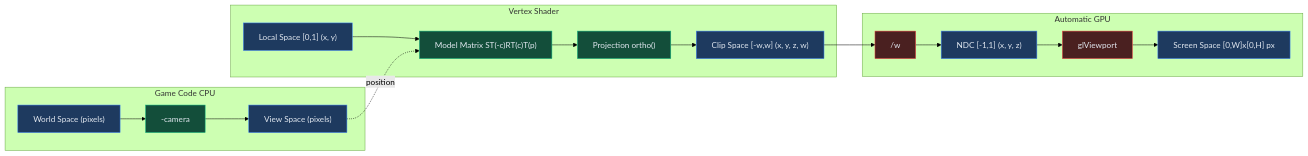
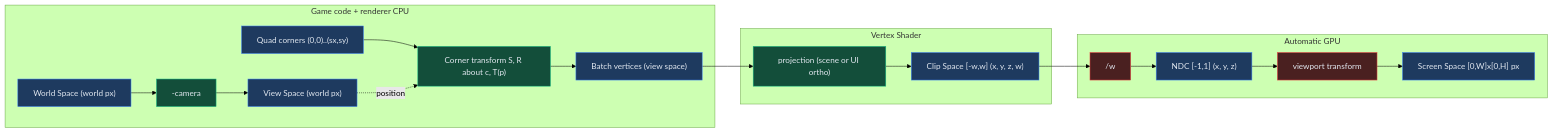
Before and after one commit to baaz777/rift: the first of 5 diagrams in docs/RENDERING.md, drawn with Mermaid (forest theme). The commit also changed other lines of this file, not shown here.

Commit message:
📝 Document the world depth pass and the world3d path

```diff
--- a/docs/RENDERING.md
+++ b/docs/RENDERING.md
@@ -19,32 +22,33 @@
 <pre class="mermaid">
 flowchart LR
   classDef space fill:#1e3a5f,stroke:#3b82f6,color:#e2e8f0
   classDef transform fill:#134e3a,stroke:#10b981,color:#e2e8f0
   classDef auto fill:#4a2020,stroke:#ef4444,color:#e2e8f0
 
-  subgraph CPU ["Game Code CPU"]
-    World["World Space (pixels)"]:::space
+  subgraph CPU ["Game code + renderer CPU"]
+    World["World Space (world px)"]:::space
     Camera["-camera"]:::transform
-    View["View Space (pixels)"]:::space
+    View["View Space (world px)"]:::space
+    Local["Quad corners (0,0)..(sx,sy)"]:::space
+    Model["Corner transform S, R about c, T(p)"]:::transform
+    Batch["Batch vertices (view space)"]:::space
   end
 
   subgraph Shader ["Vertex Shader"]
-    Local["Local Space [0,1] (x, y)"]:::space
-    Model["Model Matrix ST(-c)RT(c)T(p)"]:::transform
-    Proj["Projection ortho()"]:::transform
+    Proj["projection (scene or UI ortho)"]:::transform
     Clip["Clip Space [-w,w] (x, y, z, w)"]:::space
   end
 
   subgraph GPU ["Automatic GPU"]
     WDiv["/w"]:::auto
     NDC["NDC [-1,1] (x, y, z)"]:::space
-    Viewport["glViewport"]:::auto
+    Viewport["viewport transform"]:::auto
     Screen["Screen Space [0,W]x[0,H] px"]:::space
   end
 
   World --> Camera --> View
-  Local --> Model
+  Local --> Model --> Batch
   View -.->|"position"| Model
-  Model --> Proj --> Clip
+  Batch --> Proj --> Clip
   Clip --> WDiv --> NDC --> Viewport --> Screen
 </pre>
```
